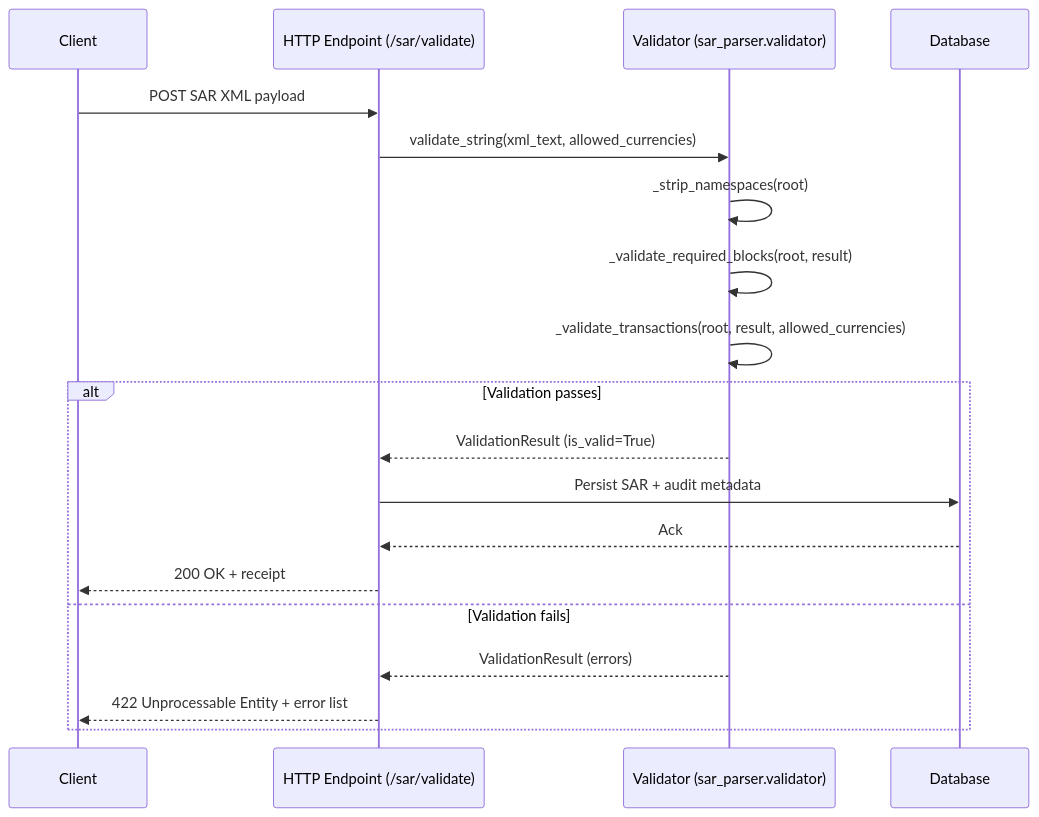
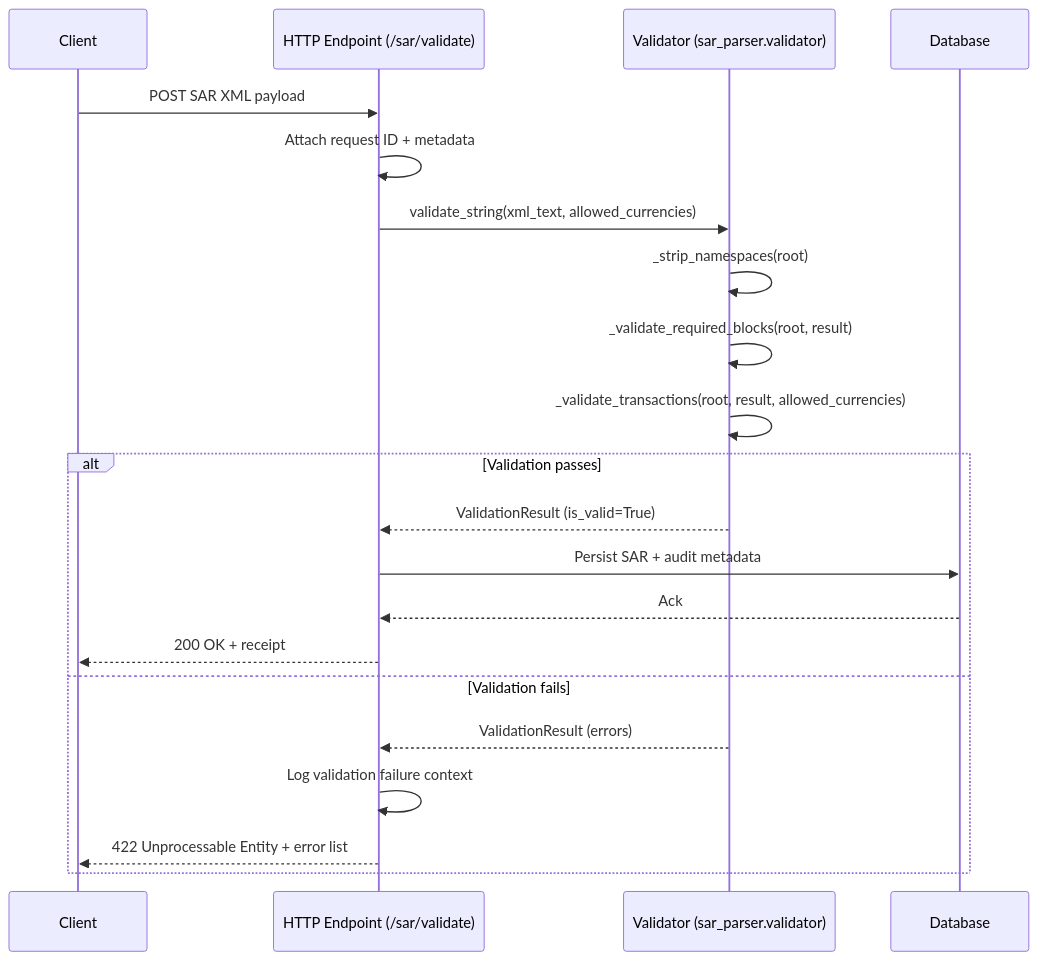
Before and after one commit to stopazus/stop-azs: the diagram in docs/request_flow.md, drawn with Mermaid. The commit also changed other lines of this file and 1 other file, not shown here.

Commit message:
Clarify SAR request flow documentation

````diff
--- a/docs/request_flow.md
+++ b/docs/request_flow.md
@@ -15,23 +15,25 @@
 ```mermaid
 sequenceDiagram
     participant C as Client
     participant API as HTTP Endpoint (/sar/validate)
     participant V as Validator (sar_parser.validator)
     participant DB as Database
 
     C->>API: POST SAR XML payload
+    API->>API: Attach request ID + metadata
     API->>V: validate_string(xml_text, allowed_currencies)
     V->>V: _strip_namespaces(root)
     V->>V: _validate_required_blocks(root, result)
     V->>V: _validate_transactions(root, result, allowed_currencies)
 
     alt Validation passes
         V-->>API: ValidationResult (is_valid=True)
         API->>DB: Persist SAR + audit metadata
         DB-->>API: Ack
         API-->>C: 200 OK + receipt
     else Validation fails
         V-->>API: ValidationResult (errors)
+        API->>API: Log validation failure context
         API-->>C: 422 Unprocessable Entity + error list
     end
 ```
````
